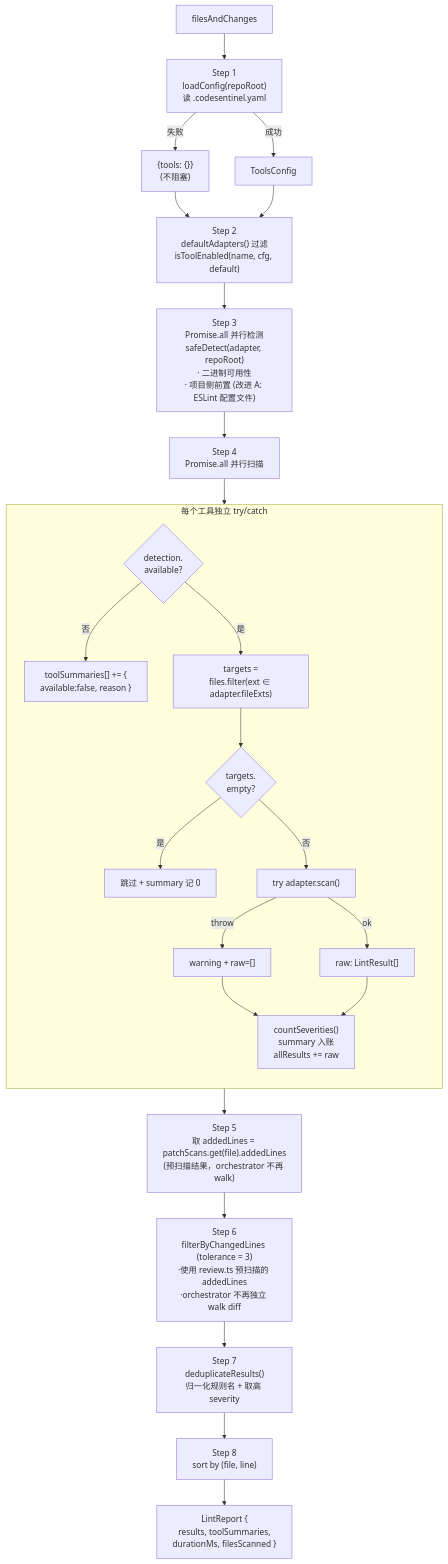
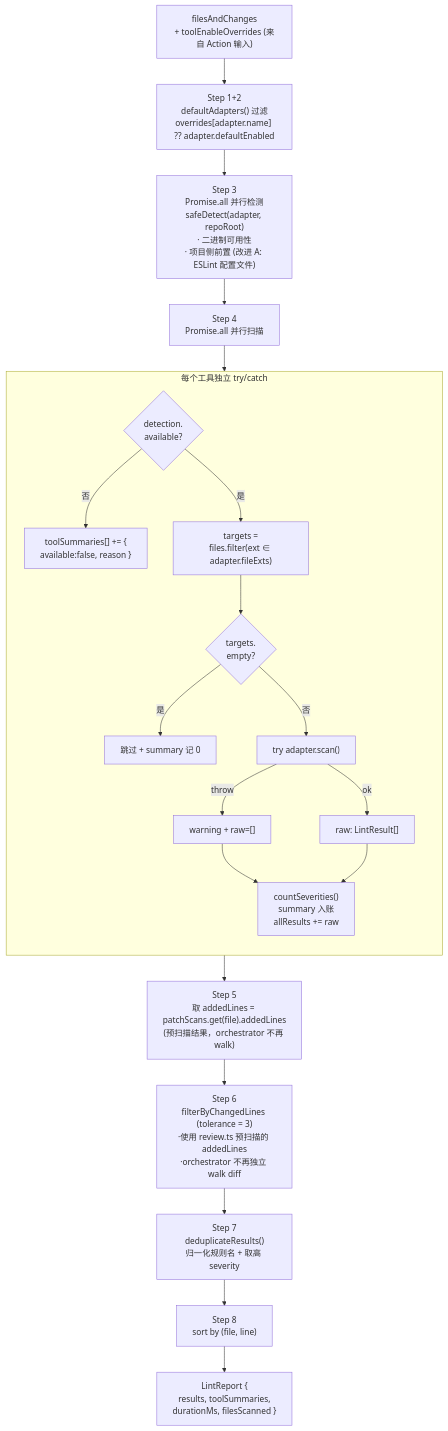
One commit to CodesSentinels/ai-reviewer changed the fourth of 9 diagrams in docs/07-linter-sast-architecture.md. Above: the diagram before and after it, drawn with Mermaid. The commit also changed other lines of this file and 18 other files, not shown here.

````diff
--- a/docs/07-linter-sast-architecture.md
+++ b/docs/07-linter-sast-architecture.md
@@ -297,34 +282,30 @@
 ```mermaid
 flowchart TD
-  IN["filesAndChanges"] --> S1["Step 1<br/>loadConfig(repoRoot)<br/>读 .codesentinel.yaml"]
-  S1 -->|"失败"| S1F["{tools: {}}<br/>(不阻塞)"]
-  S1 -->|"成功"| S1OK["ToolsConfig"]
-  S1F --> S2
-  S1OK --> S2
+  IN["filesAndChanges<br/>+ toolEnableOverrides (来自 Action 输入)"] --> S2
 
-  S2["Step 2<br/>defaultAdapters() 过滤<br/>isToolEnabled(name, cfg, default)"]
+  S2["Step 1+2<br/>defaultAdapters() 过滤<br/>overrides[adapter.name] ?? adapter.defaultEnabled"]
   S2 --> S3["Step 3<br/>Promise.all 并行检测<br/>safeDetect(adapter, repoRoot)<br/>· 二进制可用性<br/>· 项目侧前置 (改进 A: ESLint 配置文件)"]
 
   S3 --> S4["Step 4<br/>Promise.all 并行扫描"]
 
   subgraph PerTool["每个工具独立 try/catch"]
     direction TB
     T1{"detection.<br/>available?"}
     T1 -->|否| T2["toolSummaries[] += {<br/>available:false, reason }"]
     T1 -->|是| T3["targets =<br/>files.filter(ext ∈ adapter.fileExts)"]
     T3 --> T4{"targets.<br/>empty?"}
     T4 -->|是| T5["跳过 + summary 记 0"]
     T4 -->|否| T6["try adapter.scan()"]
     T6 -->|"throw"| T7["warning + raw=[]"]
     T6 -->|"ok"| T8["raw: LintResult[]"]
     T7 --> T9["countSeverities()<br/>summary 入账<br/>allResults += raw"]
     T8 --> T9
   end
 
   S4 --> PerTool
   PerTool --> S5["Step 5<br/>取 addedLines = patchScans.get(file).addedLines<br/>(预扫描结果，orchestrator 不再 walk)"]
   S5 --> S6["Step 6<br/>filterByChangedLines (tolerance = 3)<br/>·使用 review.ts 预扫描的 addedLines<br/>·orchestrator 不再独立 walk diff"]
   S6 --> S7["Step 7<br/>deduplicateResults()<br/>归一化规则名 + 取高 severity"]
   S7 --> S8["Step 8<br/>sort by (file, line)"]
   S8 --> OUT["LintReport {<br/>results, toolSummaries,<br/>durationMs, filesScanned }"]
 ```
````
